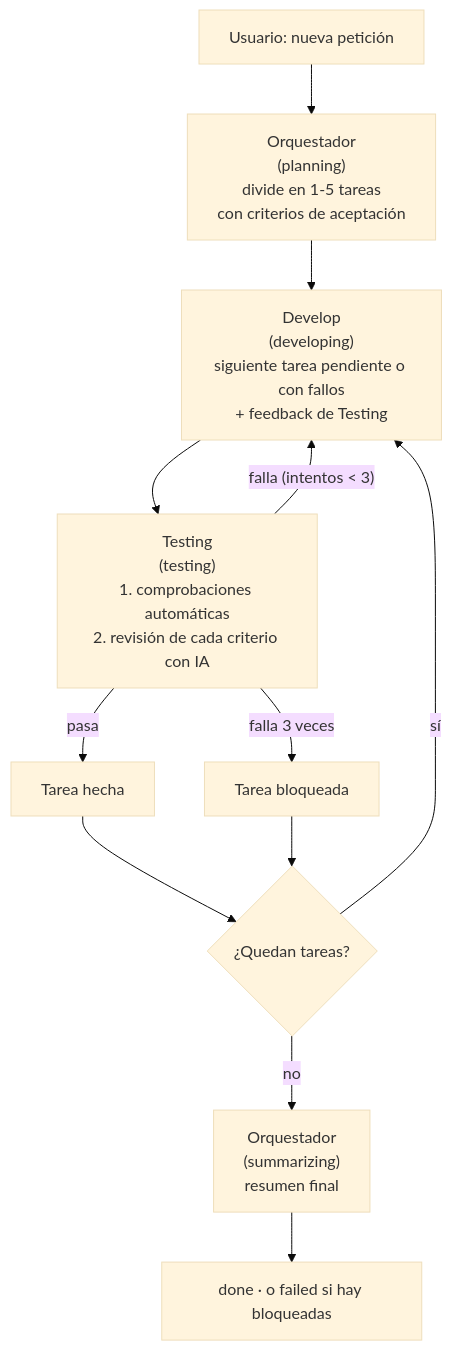
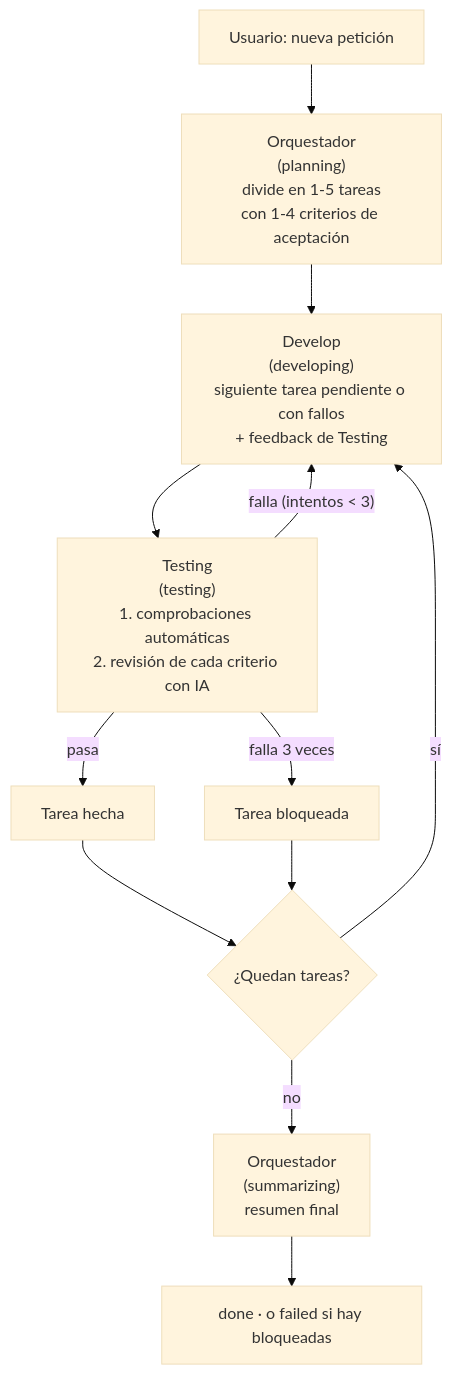
The diagram in README.md (AlejandroMarin94/equipo-agentes-ia), drawn with Mermaid (base theme) before and after one commit. The commit also changed other lines of this file, not shown here.

````diff
--- a/README.md
+++ b/README.md
@@ -25,15 +30,15 @@
 ```mermaid
 flowchart TD
     U[Usuario: nueva petición] --> P
-    P["Orquestador<br/>(planning)<br/>divide en 1-5 tareas<br/>con criterios de aceptación"] --> D
+    P["Orquestador<br/>(planning)<br/>divide en 1-5 tareas<br/>con 1-4 criterios de aceptación"] --> D
     D["Develop<br/>(developing)<br/>siguiente tarea pendiente o con fallos<br/>+ feedback de Testing"] --> T
     T["Testing<br/>(testing)<br/>1. comprobaciones automáticas<br/>2. revisión de cada criterio con IA"]
     T -- "pasa" --> OK[Tarea hecha]
     T -- "falla (intentos < 3)" --> D
     T -- "falla 3 veces" --> B[Tarea bloqueada]
     OK --> Q{¿Quedan tareas?}
     B --> Q
     Q -- sí --> D
     Q -- no --> S["Orquestador<br/>(summarizing)<br/>resumen final"]
     S --> F["done · o failed si hay bloqueadas"]
 ```
````
